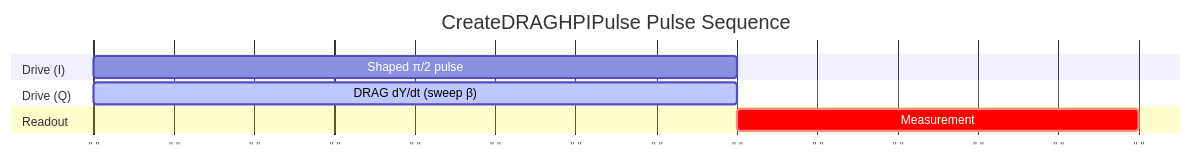
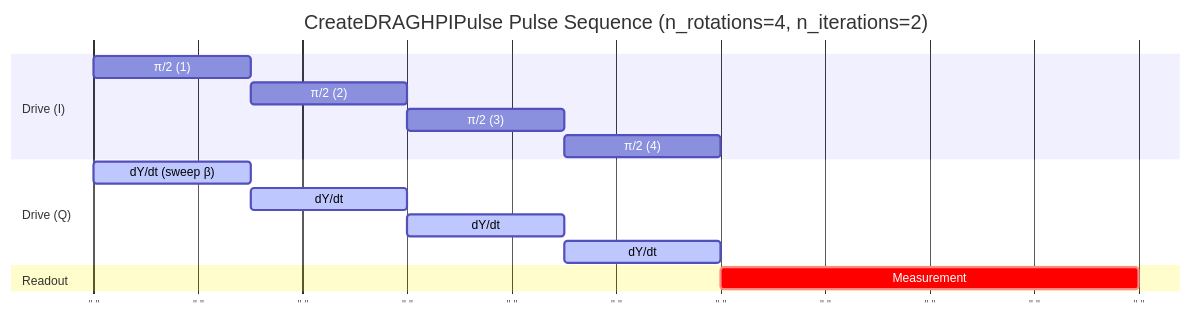
The diagram in docs/task-knowledge/gate-calibration/CreateDRAGHPIPulse/index.md (oqtopus-team/qdash), drawn with Mermaid before and after one commit. The commit also changed 4 other files, not shown here.

Commit message:
feat(docs): update pulse sequence diagrams for gate calibration tasks

````diff
--- a/docs/task-knowledge/gate-calibration/CreateDRAGHPIPulse/index.md
+++ b/docs/task-knowledge/gate-calibration/CreateDRAGHPIPulse/index.md
@@ -13,15 +13,21 @@
 ```mermaid
 gantt
-    title CreateDRAGHPIPulse Pulse Sequence
+    title CreateDRAGHPIPulse Pulse Sequence (n_rotations=4, n_iterations=2)
     dateFormat x
     axisFormat " "
 
     section Drive (I)
-    Shaped π/2 pulse        :d1, 0, 80ms
+    π/2 (1) :d1, 0, 15ms
+    π/2 (2) :d2, after d1, 15ms
+    π/2 (3) :d3, after d2, 15ms
+    π/2 (4) :d4, after d3, 15ms
 
     section Drive (Q)
-    DRAG dY/dt (sweep β)    :active, q1, 0, 80ms
+    dY/dt (sweep β) :active, q1, 0, 15ms
+    dY/dt           :active, q2, after q1, 15ms
+    dY/dt           :active, q3, after q2, 15ms
+    dY/dt           :active, q4, after q3, 15ms
 
     section Readout
-    Measurement             :crit, r1, after d1, 50ms
+    Measurement     :crit, r1, after d4, 40ms
 ```
````
